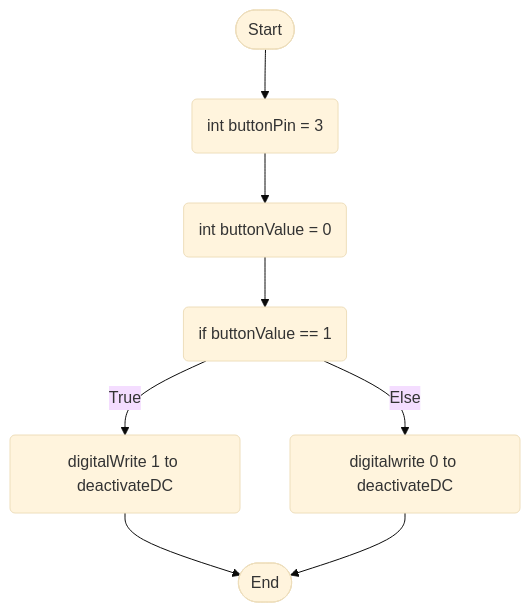
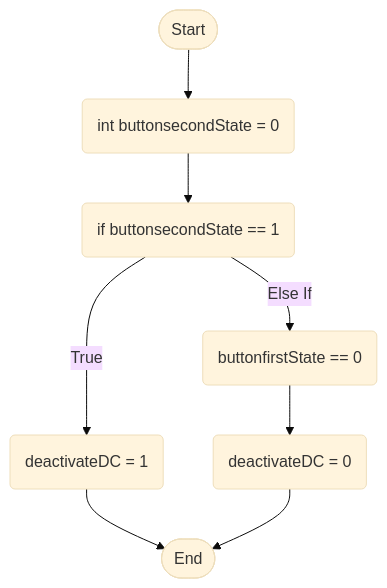
Before and after one commit to 4060269/SmartWorkstationAssessment3: the diagram in Flowcharts/secondButtonLogic.md, drawn with Mermaid (base theme). The commit also changed other lines of this file, not shown here.

````diff
--- a/Flowcharts/secondButtonLogic.md
+++ b/Flowcharts/secondButtonLogic.md
@@ -4,18 +3,18 @@
 ```mermaid
 flowchart TD
 terminalStart([Start])
 terminalEnd([End])
-setbuttonPin(int buttonPin = 3)
-setbuttonValue(int buttonValue = 0)
-activateButton0(if buttonValue == 1)
-activateButton1(digitalWrite 1 to deactivateDC)
-activateButton2(digitalwrite 0 to deactivateDC)
+setbuttonValue(int buttonsecondState = 0)
+activateButton0(if buttonsecondState == 1)
+activateButton1(deactivateDC = 1)
+activateButton2(buttonfirstState == 0)
+activateButton3(deactivateDC = 0)
    
-terminalStart --> setbuttonPin
-setbuttonPin --> setbuttonValue
+terminalStart --> setbuttonValue
 setbuttonValue --> activateButton0
 activateButton0 --> |True| activateButton1
-activateButton0 --> |Else| activateButton2
+activateButton0 --> |Else If| activateButton2
 activateButton1 --> terminalEnd
-activateButton2 --> terminalEnd
+activateButton2 --> activateButton3
+activateButton3 --> terminalEnd
 ```
````
